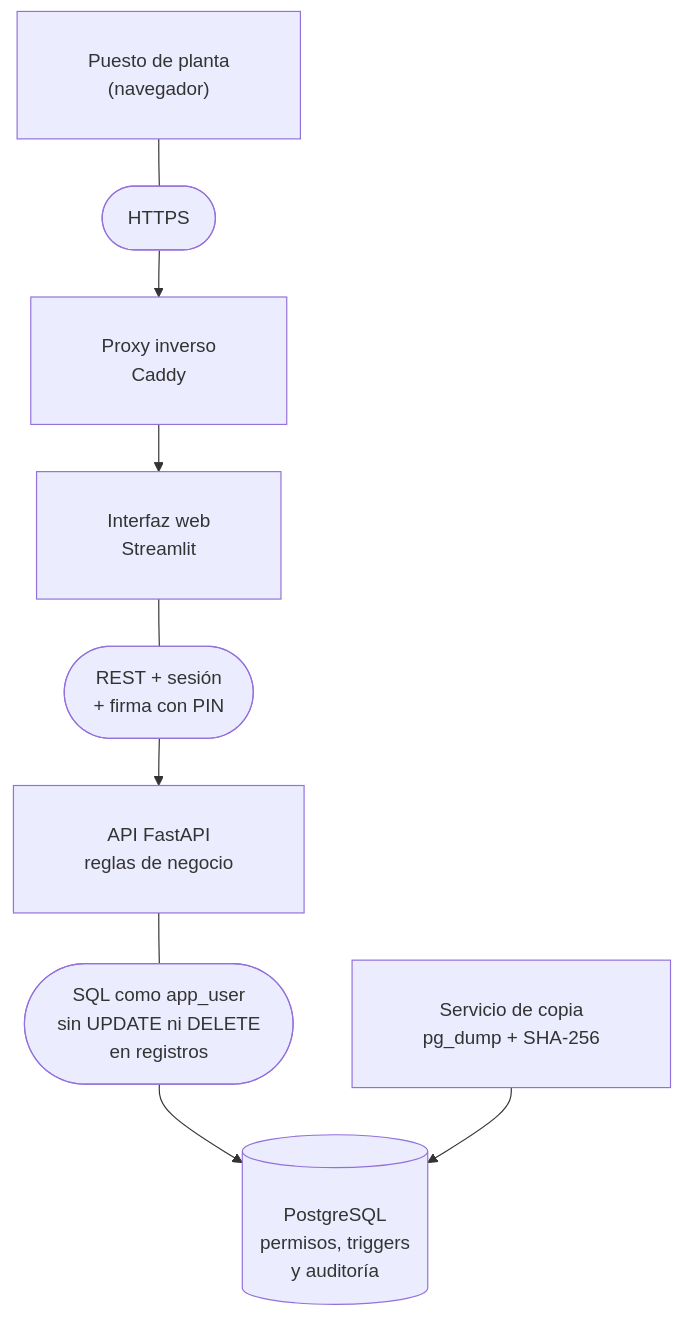
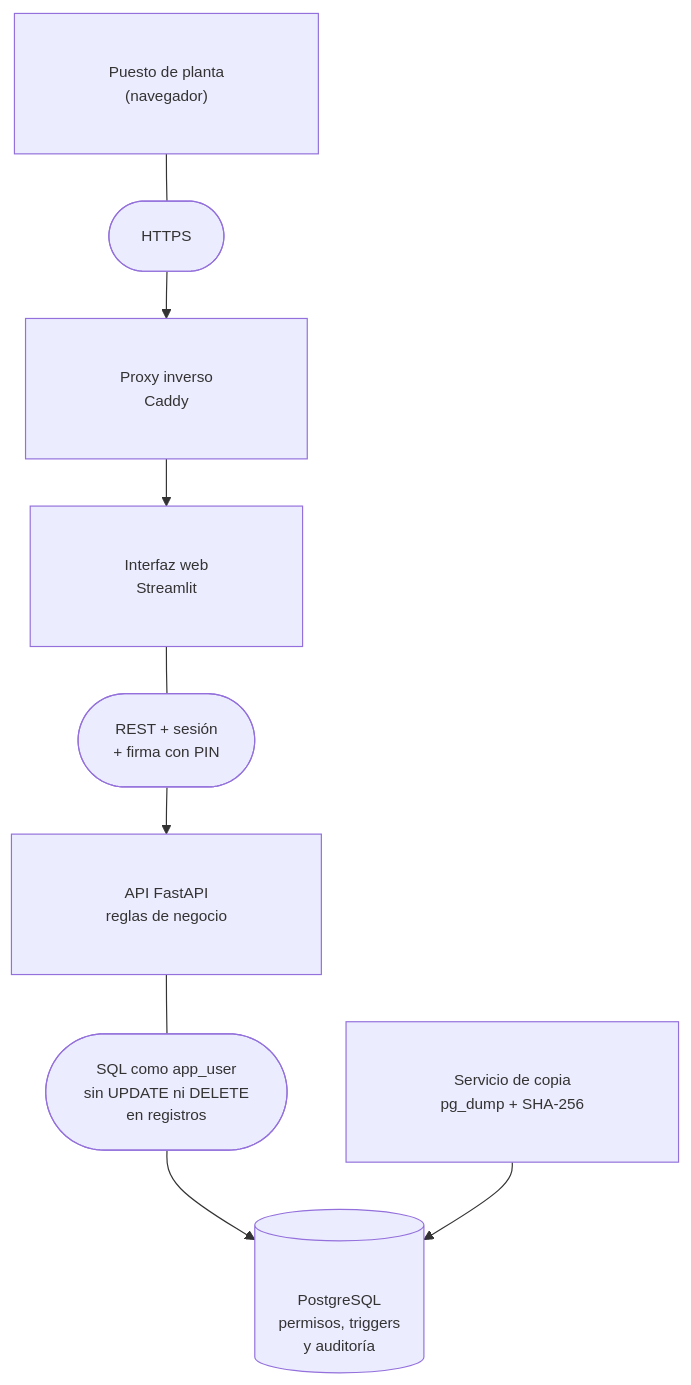
One commit to Aless-Mereu/Escaparate-Libro-Diligenciado-Digital changed the diagram in README.md. Above: the diagram before and after it, drawn with Mermaid.

Commit message:
cambios estéticos menores

````diff
--- a/README.md
+++ b/README.md
@@ -63,11 +63,11 @@
 ```mermaid
-%%{init: {"flowchart": {"htmlLabels": false, "padding": 30, "nodeSpacing": 50, "rankSpacing": 40}}}%%
+%%{init: {"themeVariables": {"fontSize": "13px", "fontFamily": "Arial, Helvetica, sans-serif"}, "flowchart": {"htmlLabels": false, "padding": 40, "nodeSpacing": 50, "rankSpacing": 40}}}%%
 flowchart TD
     %% Los textos de las flechas van en cajas propias (forma redondeada):
     %% las cajas tienen fondo opaco y la flecha no las atraviesa.
     A["Puesto de planta<br/>(navegador)"] --- C1(["HTTPS"]) --> P["Proxy inverso<br/>Caddy"]
     P --> F["Interfaz web<br/>Streamlit"]
     F --- C2(["REST + sesión<br/>+ firma con PIN"]) --> B["API FastAPI<br/>reglas de negocio"]
     B --- C3(["SQL como app_user<br/>sin UPDATE ni DELETE<br/>en registros"]) --> D[("PostgreSQL<br/>permisos, triggers<br/>y auditoría")]
     K["Servicio de copia<br/>pg_dump + SHA-256"] --> D
 ```
````
